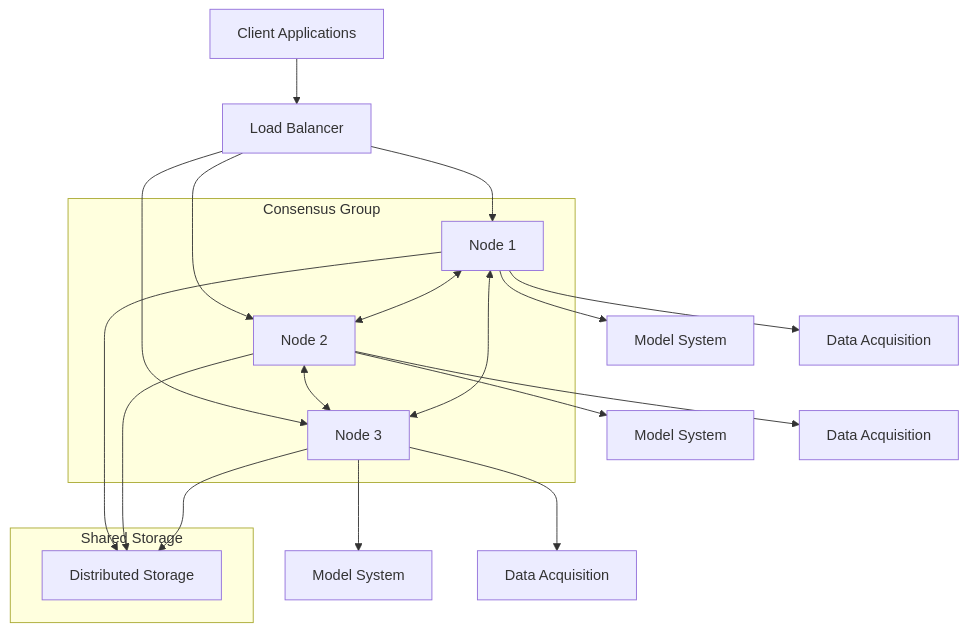
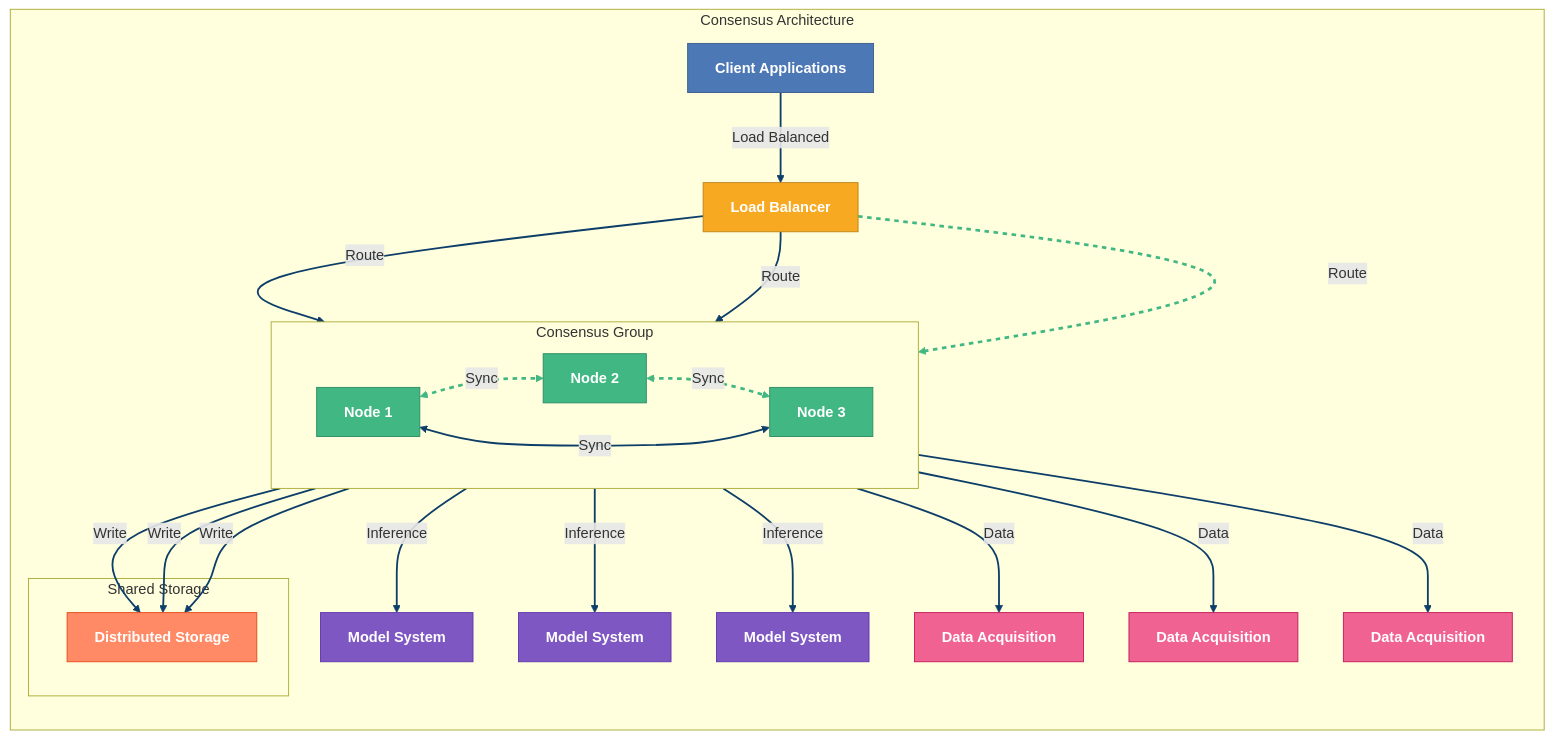
The sixth of 7 diagrams in README.md (Vortx-AI/memories-dev), drawn with Mermaid before and after one commit. The commit also changed other lines of this file, not shown here.

Commit message:
Enhance Mermaid diagrams with improved styling, flow indicators, and visual hierarchy

````diff
--- a/README.md
+++ b/README.md
@@ -427,29 +469,52 @@
 ```mermaid
+%%{init: { 'theme': 'default', 'themeVariables': { 'primaryColor': '#0F4C81', 'primaryTextColor': '#fff', 'primaryBorderColor': '#0D3E69', 'lineColor': '#0D3E69', 'secondaryColor': '#41B883', 'tertiaryColor': '#F7A922' } }}%%
 graph TD
-    Client[Client Applications] --> LB[Load Balancer]
-    LB --> Node1[Node 1]
-    LB --> Node2[Node 2]
-    LB --> Node3[Node 3]
-    
-    subgraph "Consensus Group"
-        Node1 <--> Node2
-        Node2 <--> Node3
-        Node3 <--> Node1
+    subgraph ConsensusArch["Consensus Architecture"]
+        direction TB
+        
+        Client[Client Applications] -->|"Load Balanced"| LB[Load Balancer]
+        LB -->|"Route"| Node1[Node 1]
+        LB -->|"Route"| Node2[Node 2]
+        LB -->|"Route"| Node3[Node 3]
+        
+        subgraph "Consensus Group"
+            direction LR
+            Node1 <-->|"Sync"| Node2
+            Node2 <-->|"Sync"| Node3
+            Node3 <-->|"Sync"| Node1
+        end
+        
+        Node1 -->|"Inference"| Models1[Model System]
+        Node2 -->|"Inference"| Models2[Model System]
+        Node3 -->|"Inference"| Models3[Model System]
+        
+        Node1 -->|"Data"| DataAcq1[Data Acquisition]
+        Node2 -->|"Data"| DataAcq2[Data Acquisition]
+        Node3 -->|"Data"| DataAcq3[Data Acquisition]
+        
+        subgraph "Shared Storage"
+            Storage[Distributed Storage]
+        end
+        
+        Node1 -->|"Write"| Storage
+        Node2 -->|"Write"| Storage
+        Node3 -->|"Write"| Storage
     end
     
-    Node1 --> Models1[Model System]
-    Node2 --> Models2[Model System]
-    Node3 --> Models3[Model System]
+    classDef client fill:#4C78B5,stroke:#3A5D8C,color:white,font-weight:bold,rounded:true
+    classDef loadbal fill:#F7A922,stroke:#BF821A,color:white,font-weight:bold,rounded:true
+    classDef node fill:#41B883,stroke:#2D8A64,color:white,font-weight:bold,rounded:true
+    classDef model fill:#7E57C2,stroke:#5E35B1,color:white,rounded:true
+    classDef data fill:#F06292,stroke:#C2185B,color:white,rounded:true
+    classDef storage fill:#FF8A65,stroke:#E64A19,color:white,font-weight:bold,rounded:true
     
-    Node1 --> DataAcq1[Data Acquisition]
-    Node2 --> DataAcq2[Data Acquisition]
-    Node3 --> DataAcq3[Data Acquisition]
+    class Client client
+    class LB loadbal
+    class Node1,Node2,Node3 node
+    class Models1,Models2,Models3 model
+    class DataAcq1,DataAcq2,DataAcq3 data
+    class Storage storage
     
-    subgraph "Shared Storage"
-        Storage[Distributed Storage]
-    end
-    
-    Node1 --> Storage
-    Node2 --> Storage
-    Node3 --> Storage
+    linkStyle default stroke-width:2px,fill:none,curve:basis
+    linkStyle 3,4,5 stroke:#41B883,stroke-width:3px,stroke-dasharray:5 5
 ```
````
